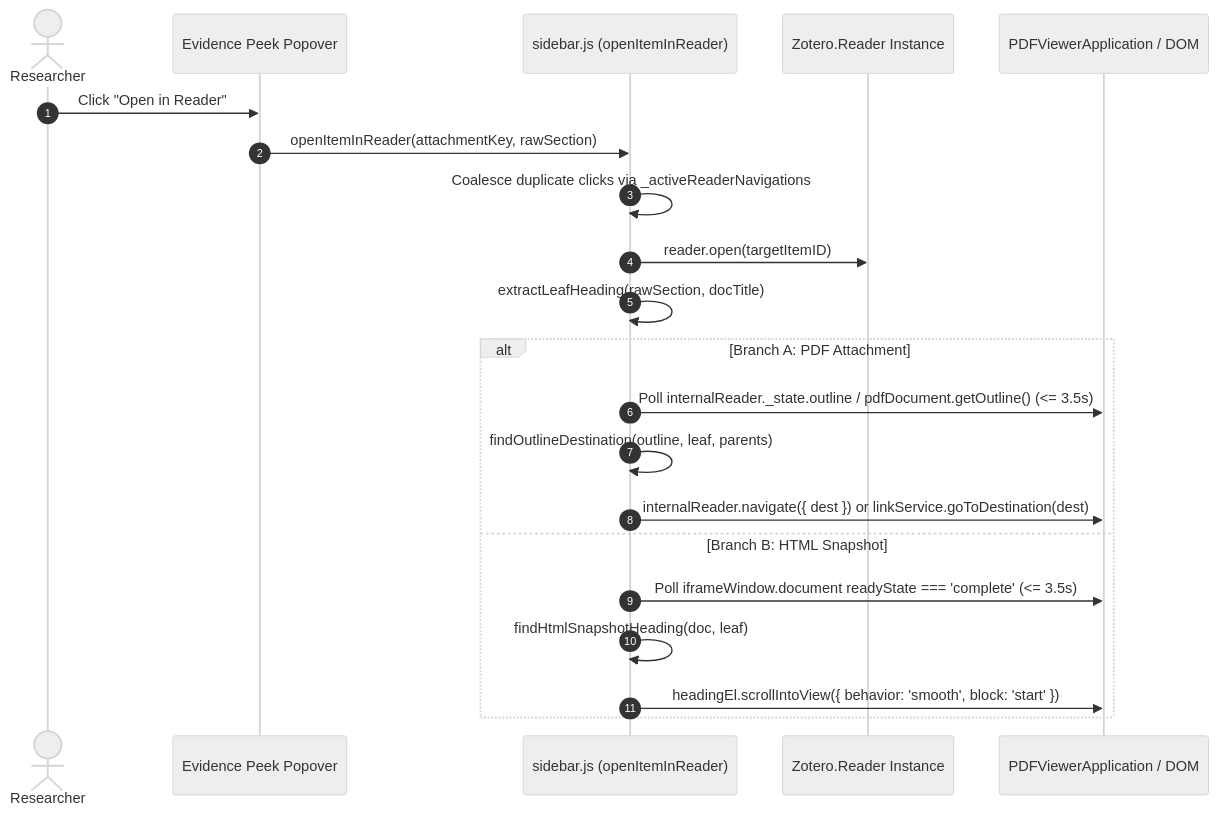
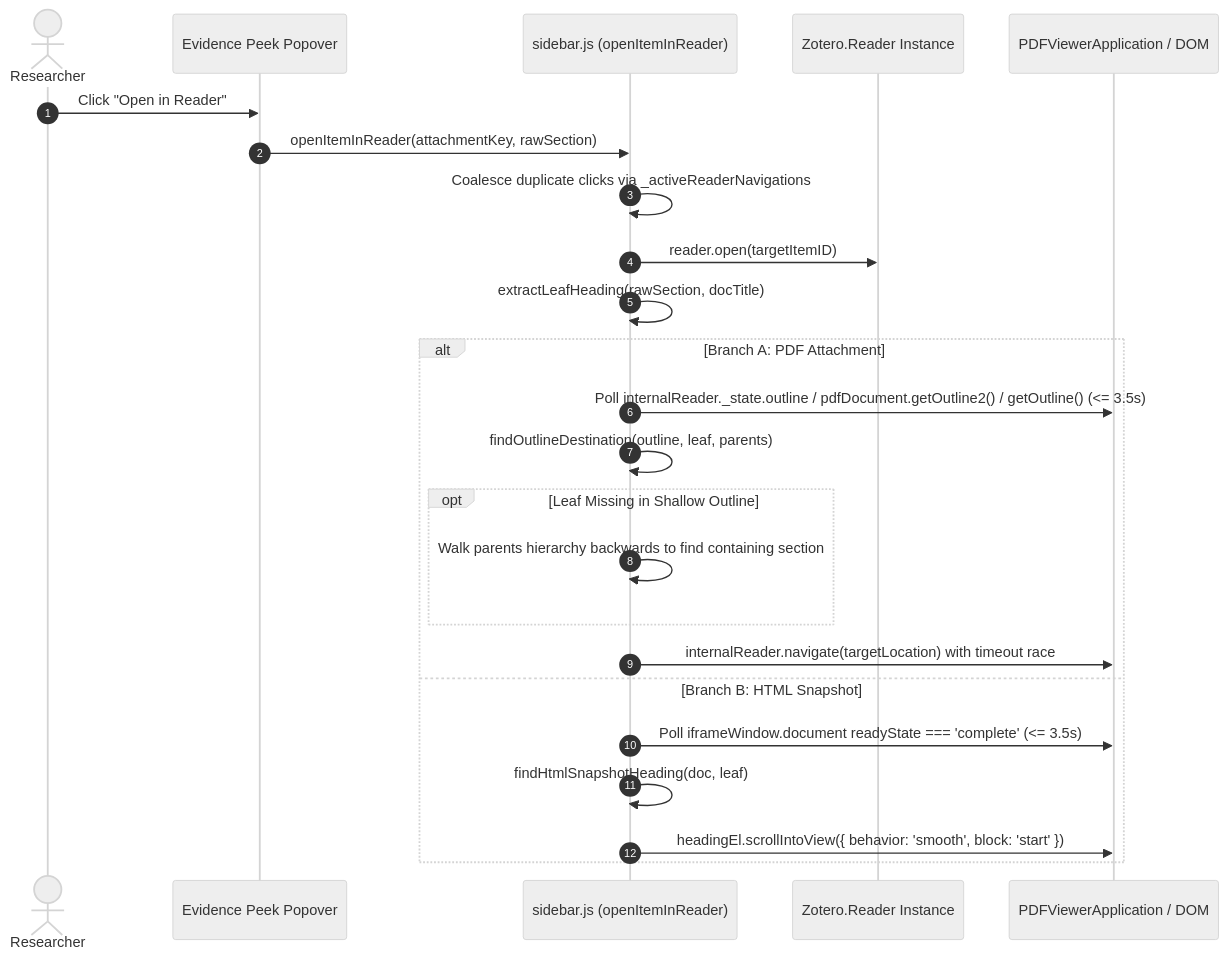
The second of 2 diagrams in docs/architecture/reader-and-context-pills.md (alexplaka/Zocrates), drawn with Mermaid (neutral theme) before and after one commit. The commit also changed other lines of this file and 40 other files, not shown here.

````diff
--- a/docs/architecture/reader-and-context-pills.md
+++ b/docs/architecture/reader-and-context-pills.md
@@ -424,25 +424,28 @@
 ```mermaid
 sequenceDiagram
     autonumber
     actor User as Researcher
     participant Popover as Evidence Peek Popover
     participant Sidebar as sidebar.js (openItemInReader)
     participant Reader as Zotero.Reader Instance
     participant PDF as PDFViewerApplication / DOM
 
     User->>Popover: Click "Open in Reader"
     Popover->>Sidebar: openItemInReader(attachmentKey, rawSection)
     Sidebar->>Sidebar: Coalesce duplicate clicks via _activeReaderNavigations
     Sidebar->>Reader: reader.open(targetItemID)
     Sidebar->>Sidebar: extractLeafHeading(rawSection, docTitle)
 
     alt Branch A: PDF Attachment
-        Sidebar->>PDF: Poll internalReader._state.outline / pdfDocument.getOutline() (<= 3.5s)
+        Sidebar->>PDF: Poll internalReader._state.outline / pdfDocument.getOutline2() / getOutline() (<= 3.5s)
         Sidebar->>Sidebar: findOutlineDestination(outline, leaf, parents)
-        Sidebar->>PDF: internalReader.navigate({ dest }) or linkService.goToDestination(dest)
+        opt Leaf Missing in Shallow Outline
+            Sidebar->>Sidebar: Walk parents hierarchy backwards to find containing section
+        end
+        Sidebar->>PDF: internalReader.navigate(targetLocation) with timeout race
     else Branch B: HTML Snapshot
         Sidebar->>PDF: Poll iframeWindow.document readyState === 'complete' (<= 3.5s)
         Sidebar->>Sidebar: findHtmlSnapshotHeading(doc, leaf)
         Sidebar->>PDF: headingEl.scrollIntoView({ behavior: 'smooth', block: 'start' })
     end
 ```
````
